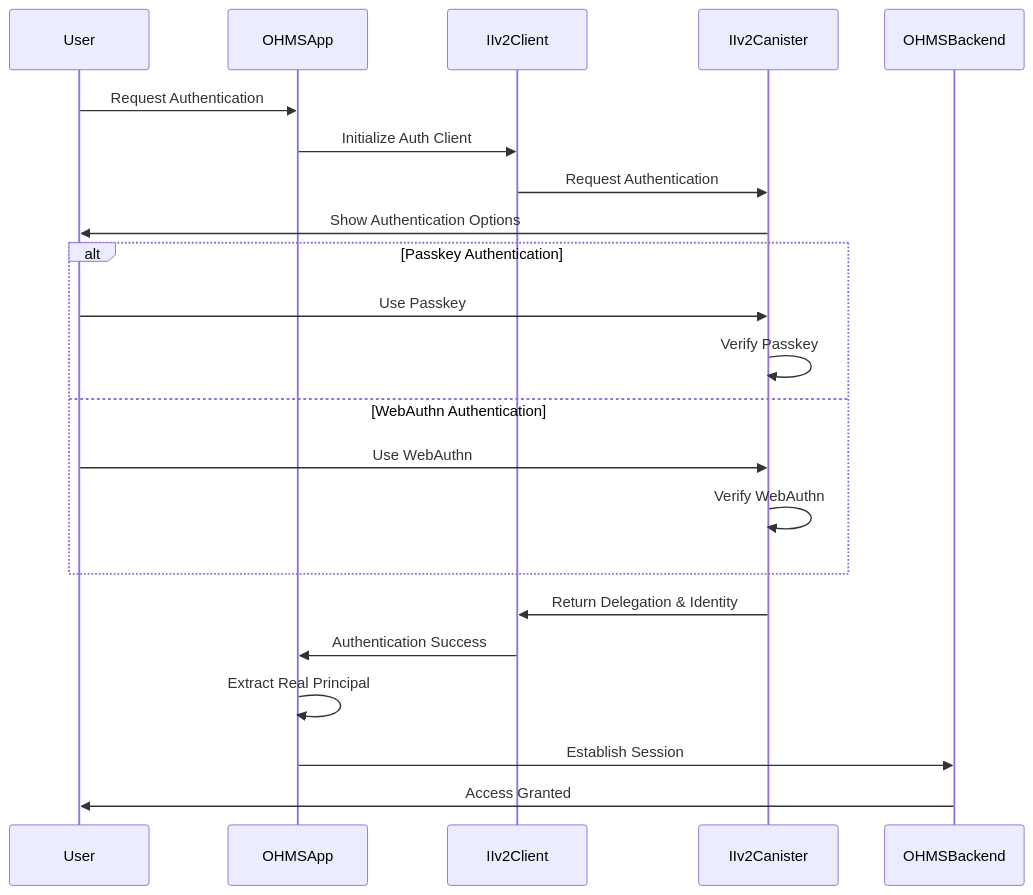
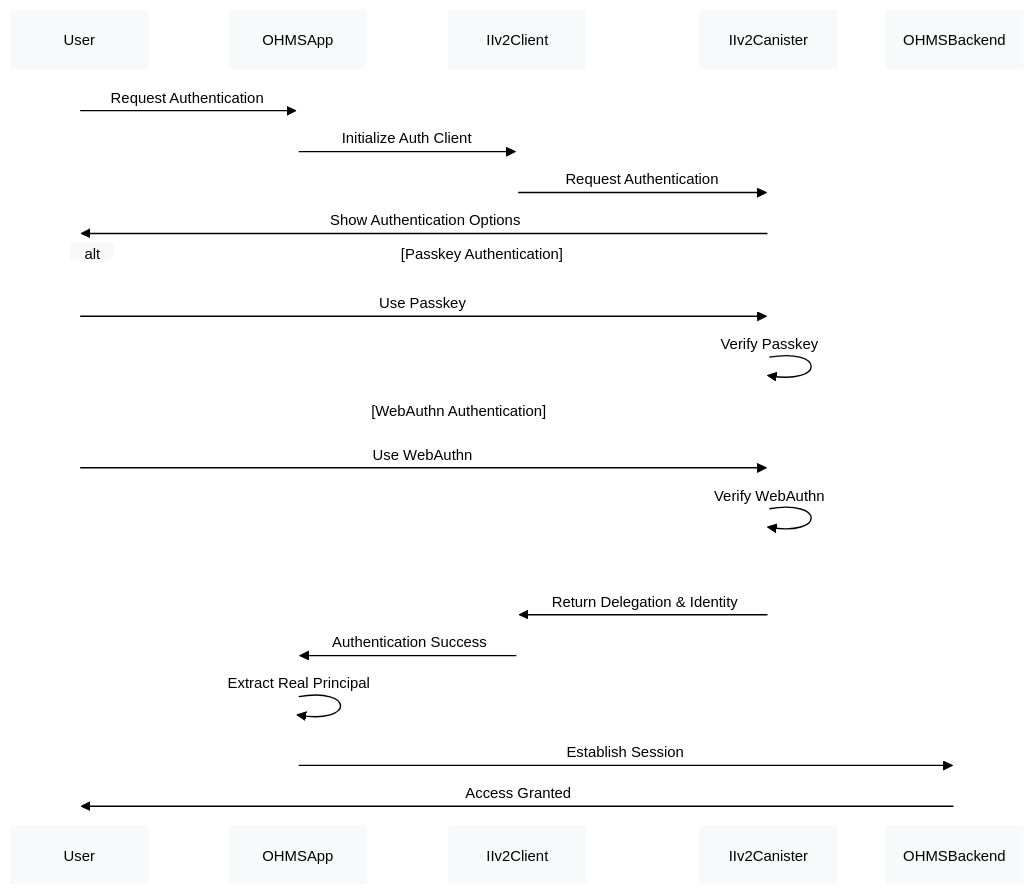
Before and after one commit to OHMS-DeAI/ohms-2.0: the diagram in docs/principal-authentication-architecture.md, drawn with Mermaid. The commit also changed 4 other files, not shown here.

````diff
--- a/docs/principal-authentication-architecture.md
+++ b/docs/principal-authentication-architecture.md
@@ -32,27 +32,28 @@
 ```mermaid
+%%{init: {'theme': 'base', 'themeVariables': {'primaryColor': '#f8f9fa', 'primaryTextColor': '#000000', 'primaryBorderColor': '#ffffff', 'lineColor': '#dc3545', 'lineWidth': '4px', 'secondaryColor': '#e3f2fd', 'tertiaryColor': '#f3e5f5', 'fontFamily': 'Arial', 'fontSize': '12px', 'fontWeight': 'bold'}}}%%
 sequenceDiagram
     participant User
     participant OHMSApp
     participant IIv2Client
     participant IIv2Canister
     participant OHMSBackend
 
     User->>OHMSApp: Request Authentication
     OHMSApp->>IIv2Client: Initialize Auth Client
     IIv2Client->>IIv2Canister: Request Authentication
     IIv2Canister->>User: Show Authentication Options
 
     alt Passkey Authentication
         User->>IIv2Canister: Use Passkey
         IIv2Canister->>IIv2Canister: Verify Passkey
     else WebAuthn Authentication
         User->>IIv2Canister: Use WebAuthn
         IIv2Canister->>IIv2Canister: Verify WebAuthn
     end
 
     IIv2Canister->>IIv2Client: Return Delegation & Identity
     IIv2Client->>OHMSApp: Authentication Success
     OHMSApp->>OHMSApp: Extract Real Principal
     OHMSApp->>OHMSBackend: Establish Session
     OHMSBackend->>User: Access Granted
 ```
````
